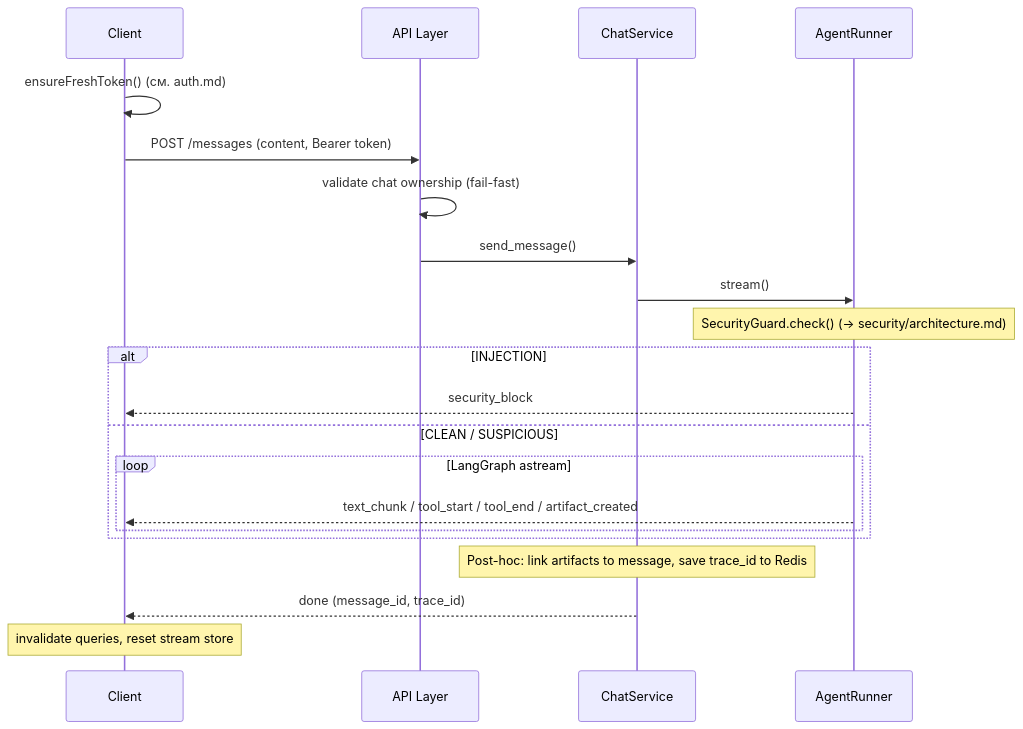
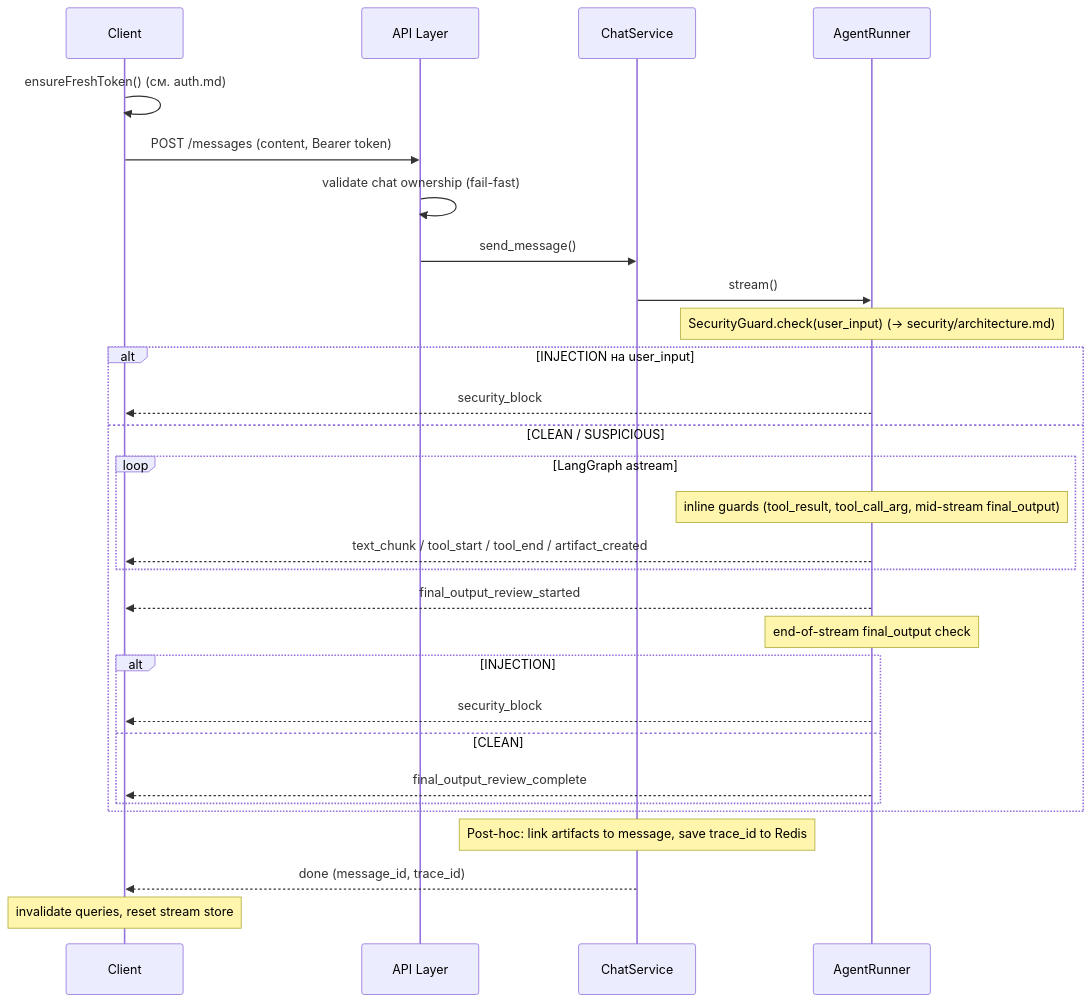
One commit to Bbar0n234/learnflow-ai changed the first of 2 diagrams in doc/tech/streaming.md. Above: the diagram before and after it, drawn with Mermaid. The commit also changed other lines of this file and 11 other files, not shown here.

````diff
--- a/doc/tech/streaming.md
+++ b/doc/tech/streaming.md
@@ -38,27 +42,35 @@
 ```mermaid
 sequenceDiagram
     participant C as Client
     participant API as API Layer
     participant SVC as ChatService
     participant AGT as AgentRunner
 
     C->>C: ensureFreshToken() (см. auth.md)
     C->>API: POST /messages (content, Bearer token)
     API->>API: validate chat ownership (fail-fast)
     API->>SVC: send_message()
     SVC->>AGT: stream()
 
-    Note over AGT: SecurityGuard.check() (→ security/architecture.md)
-    alt INJECTION
+    Note over AGT: SecurityGuard.check(user_input) (→ security/architecture.md)
+    alt INJECTION на user_input
         AGT-->>C: security_block
     else CLEAN / SUSPICIOUS
         loop LangGraph astream
+            Note over AGT: inline guards (tool_result, tool_call_arg, mid-stream final_output)
             AGT-->>C: text_chunk / tool_start / tool_end / artifact_created
+        end
+        AGT-->>C: final_output_review_started
+        Note over AGT: end-of-stream final_output check
+        alt INJECTION
+            AGT-->>C: security_block
+        else CLEAN
+            AGT-->>C: final_output_review_complete
         end
     end
 
     Note over SVC: Post-hoc: link artifacts to message, save trace_id to Redis
     SVC-->>C: done (message_id, trace_id)
 
     Note over C: invalidate queries, reset stream store
 ```
````
